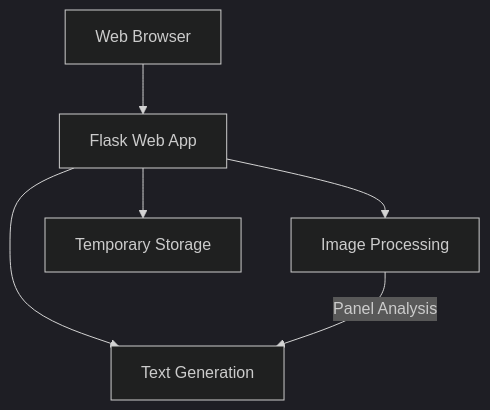
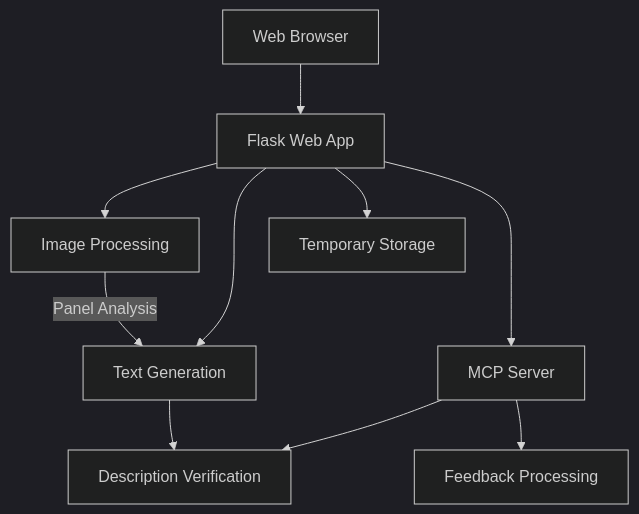
One commit to tayler-id/comic-panel-description-generator changed the first of 4 diagrams in memory-bank/systemPatterns.md. Above: the diagram before and after it, drawn with Mermaid (dark theme). The commit also changed other lines of this file and 24 other files, not shown here.

````diff
--- a/memory-bank/systemPatterns.md
+++ b/memory-bank/systemPatterns.md
@@ -7,8 +7,12 @@
 ```mermaid
 graph TD
     Client[Web Browser] --> Flask[Flask Web App]
     Flask --> ImageProc[Image Processing]
     Flask --> TextGen[Text Generation]
     ImageProc --> |Panel Analysis| TextGen
     Flask --> TempStorage[Temporary Storage]
+    Flask --> MCP[MCP Server]
+    MCP --> VerifyDesc[Description Verification]
+    MCP --> ProcessFeedback[Feedback Processing]
+    TextGen --> VerifyDesc
 ```
````
